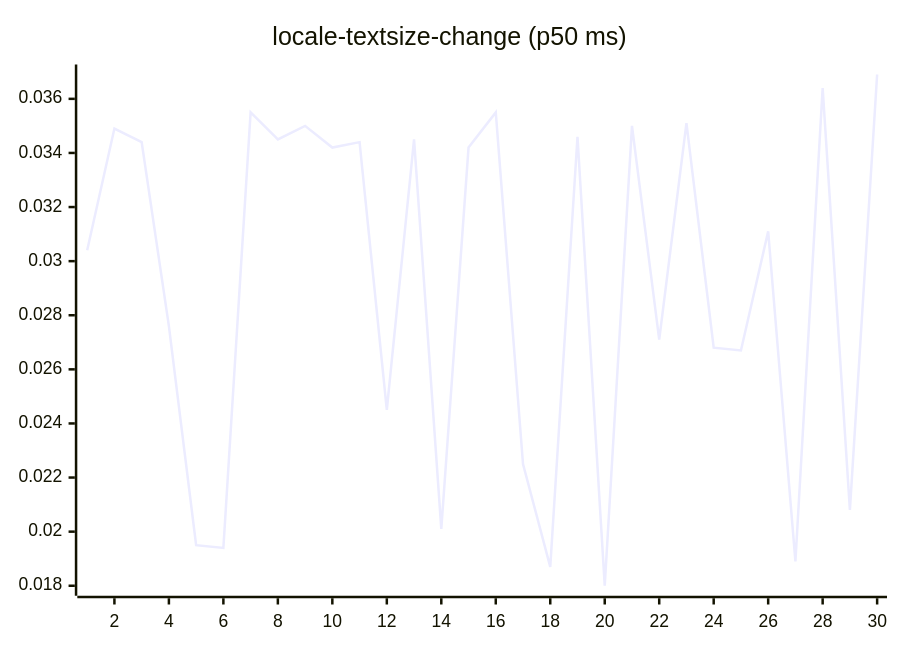
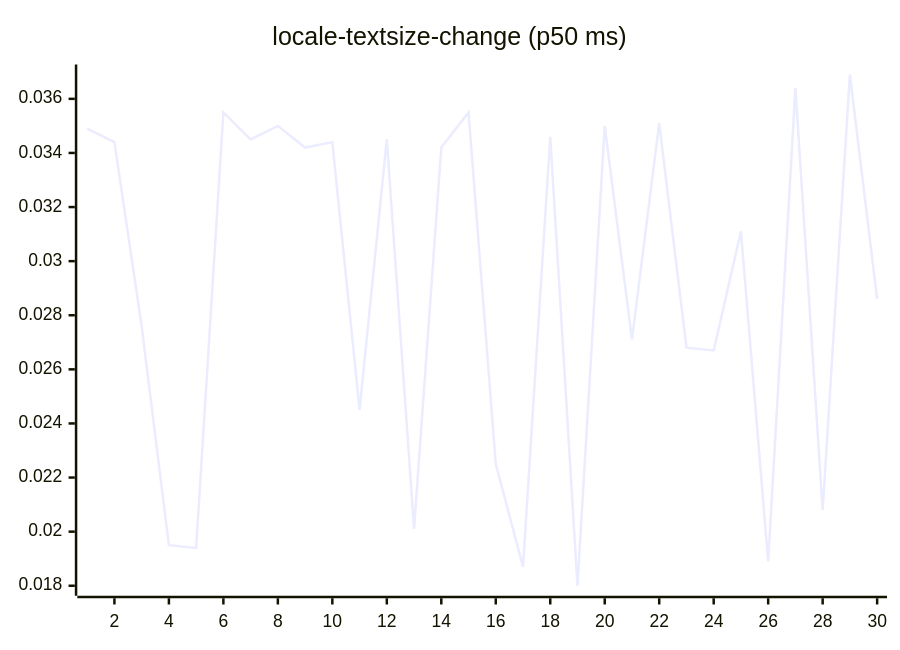
Before and after one commit to josha/Facet: diagram 13 of 27 in README.md, drawn with Mermaid. The commit also changed other lines of this file and 2 other files, not shown here.

````diff
--- a/README.md
+++ b/README.md
@@ -147,6 +147,6 @@
 ```mermaid
 xychart-beta
     title "locale-textsize-change (p50 ms)"
     x-axis 1 --> 30
-    line [0.0304, 0.0349, 0.0344, 0.0276, 0.0195, 0.0194, 0.0355, 0.0345, 0.0350, 0.0342, 0.0344, 0.0245, 0.0345, 0.0201, 0.0342, 0.0355, 0.0225, 0.0187, 0.0346, 0.0180, 0.0350, 0.0271, 0.0351, 0.0268, 0.0267, 0.0311, 0.0189, 0.0364, 0.0208, 0.0369]
+    line [0.0349, 0.0344, 0.0276, 0.0195, 0.0194, 0.0355, 0.0345, 0.0350, 0.0342, 0.0344, 0.0245, 0.0345, 0.0201, 0.0342, 0.0355, 0.0225, 0.0187, 0.0346, 0.0180, 0.0350, 0.0271, 0.0351, 0.0268, 0.0267, 0.0311, 0.0189, 0.0364, 0.0208, 0.0369, 0.0286]
 ```
````
